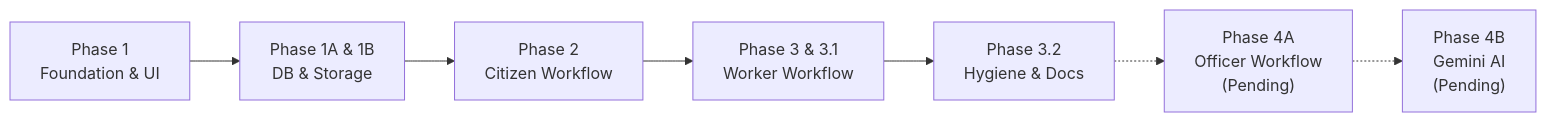
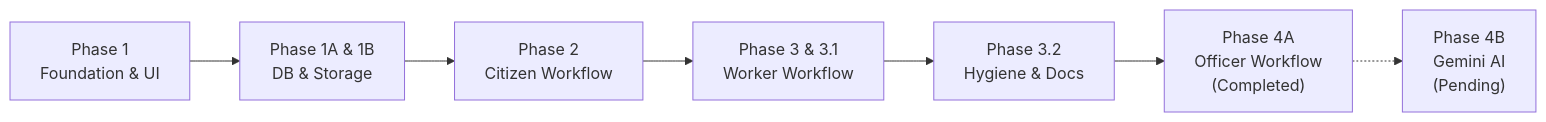
The diagram in docs/roadmap.md (nayanj616/jansahayak), drawn with Mermaid before and after one commit. The commit also changed other lines of this file and 18 other files, not shown here.

Commit message:
Phase 4A: Implement municipal officer workflow

````diff
--- a/docs/roadmap.md
+++ b/docs/roadmap.md
@@ -10,9 +10,9 @@
 ```mermaid
 flowchart LR
     P1["Phase 1<br/>Foundation & UI"] --> P1AB["Phase 1A & 1B<br/>DB & Storage"]
     P1AB --> P2["Phase 2<br/>Citizen Workflow"]
     P2 --> P3["Phase 3 & 3.1<br/>Worker Workflow"]
     P3 --> P32["Phase 3.2<br/>Hygiene & Docs"]
-    P32 -.-> P4A["Phase 4A<br/>Officer Workflow<br/>(Pending)"]
+    P32 --> P4A["Phase 4A<br/>Officer Workflow<br/>(Completed)"]
     P4A -.-> P4B["Phase 4B<br/>Gemini AI<br/>(Pending)"]
 ```
````
